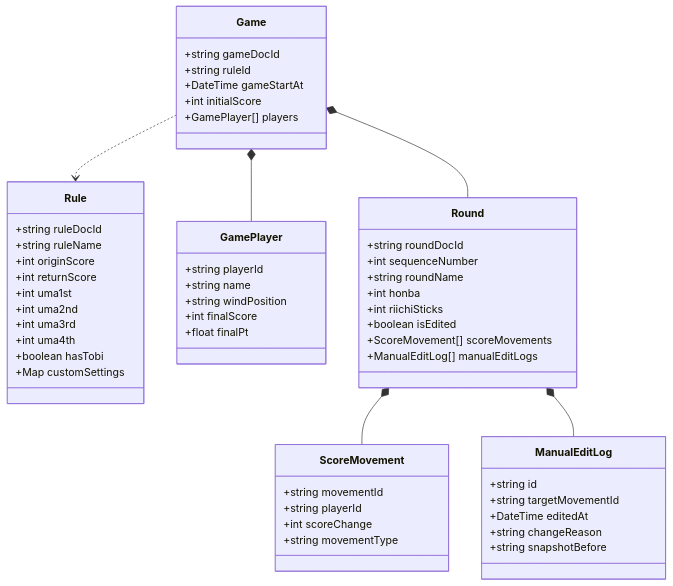
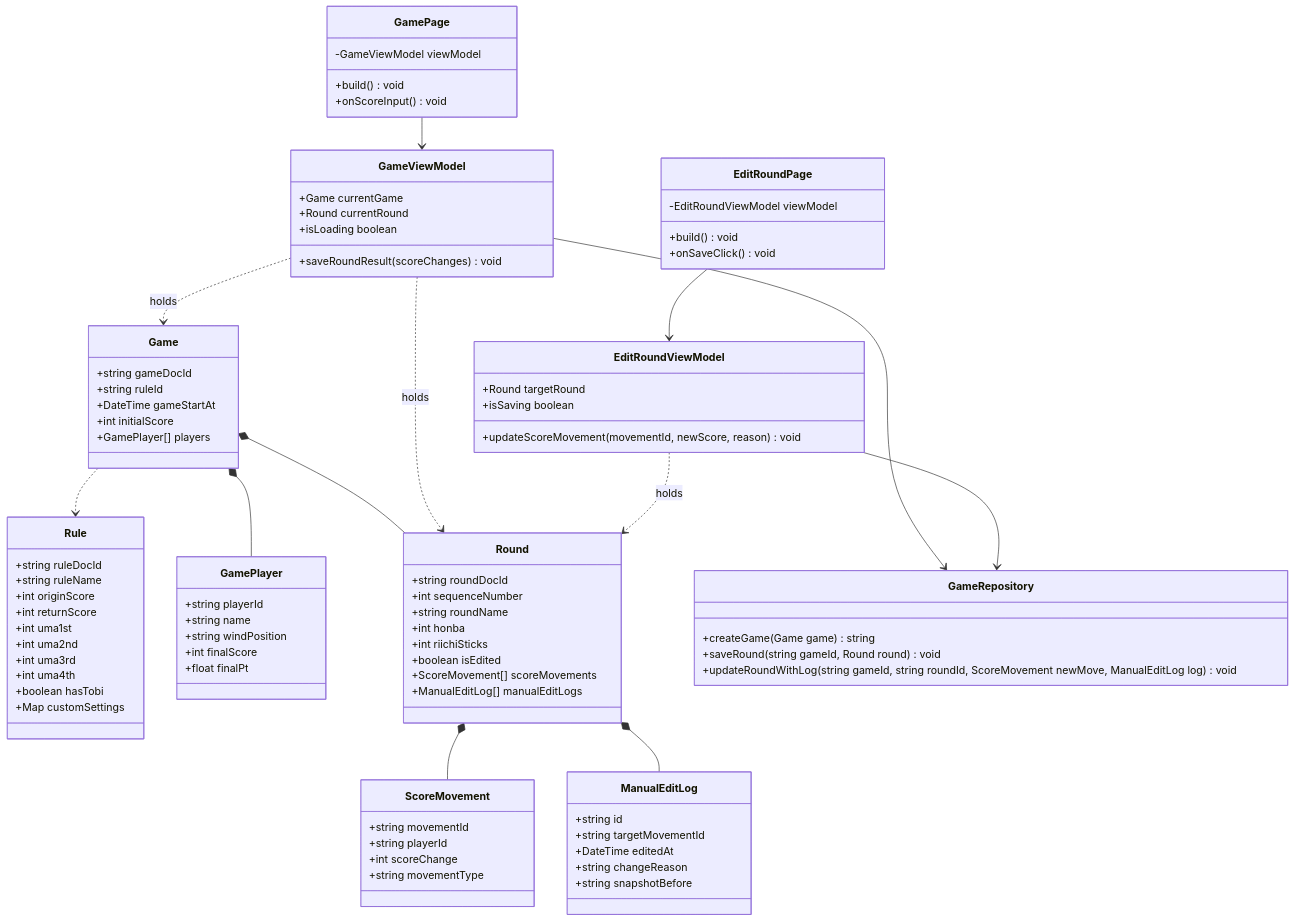
Before and after one commit to sabotage-cla6/tenbo: the diagram in 30_設計書/クラス図.md, drawn with Mermaid.

Commit message:
クラス図にフロントエンド追加

````diff
--- a/30_設計書/クラス図.md
+++ b/30_設計書/クラス図.md
@@ -62,4 +62,60 @@
     Game *-- Round
     Round *-- ScoreMovement
     Round *-- ManualEditLog
+
+    %% --------------------------------------------------
+    %% 画面層（View）
+    %% --------------------------------------------------
+    class GamePage {
+        -GameViewModel viewModel
+        +build() void
+        +onScoreInput() void
+    }
+
+    class EditRoundPage {
+        -EditRoundViewModel viewModel
+        +build() void
+        +onSaveClick() void
+    }
+
+    %% --------------------------------------------------
+    %% ロジック層（ViewModel）
+    %% --------------------------------------------------
+    class GameViewModel {
+        +Game currentGame
+        +Round currentRound
+        +isLoading boolean
+        +saveRoundResult(scoreChanges) void
+    }
+
+    class EditRoundViewModel {
+        +Round targetRound
+        +isSaving boolean
+        +updateScoreMovement(movementId, newScore, reason) void
+    }
+
+    %% --------------------------------------------------
+    %% データアクセス層（Repository / Firestore）
+    %% --------------------------------------------------
+    class GameRepository {
+        +createGame(Game game) string
+        +saveRound(string gameId, Round round) void
+        +updateRoundWithLog(string gameId, string roundId, ScoreMovement newMove, ManualEditLog log) void
+    }
+
+    %% --------------------------------------------------
+    %% 依存・利用関係（リレーション）
+    %% --------------------------------------------------
+    %% ViewはViewModelに依存（監視・操作）
+    GamePage --> GameViewModel
+    EditRoundPage --> EditRoundViewModel
+
+    %% ViewModelはRepositoryを呼び出す
+    GameViewModel --> GameRepository
+    EditRoundViewModel --> GameRepository
+
+    %% ViewModelはエンティティ（データ構造）を保持・操作する
+    GameViewModel ..> Game : holds
+    GameViewModel ..> Round : holds
+    EditRoundViewModel ..> Round : holds
 ```
````
